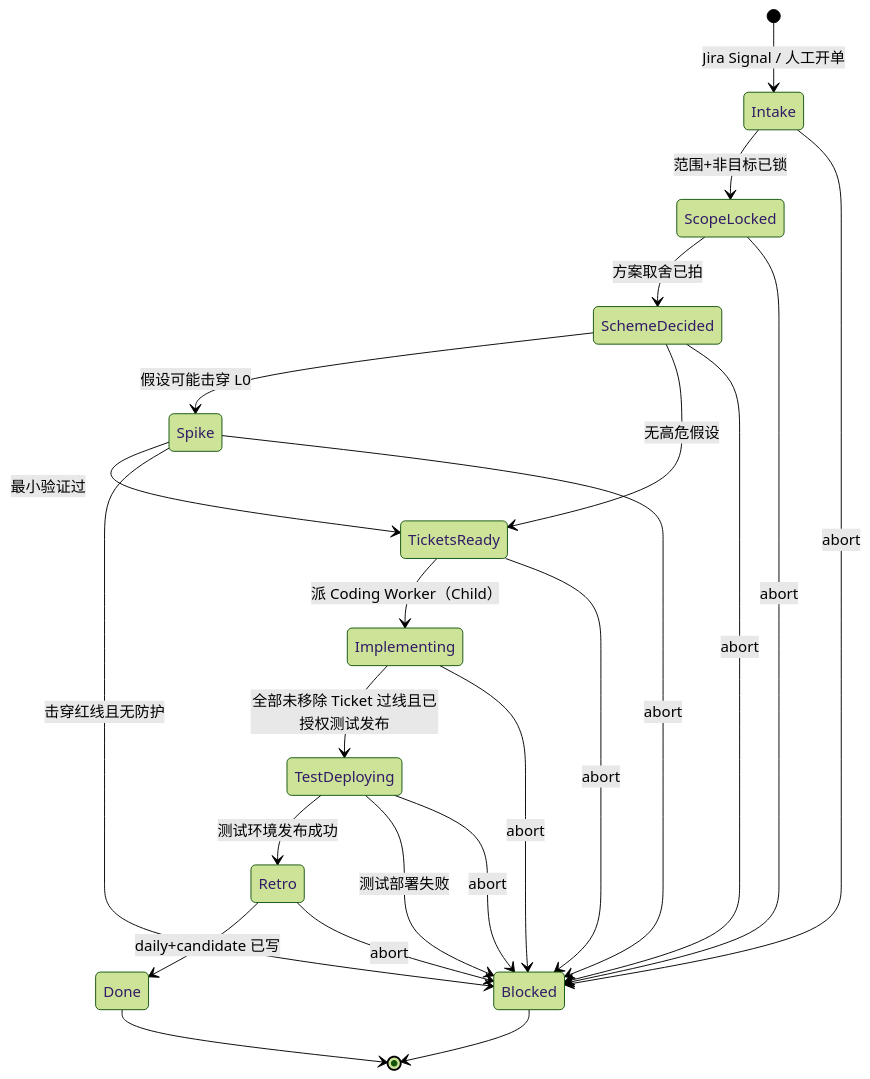
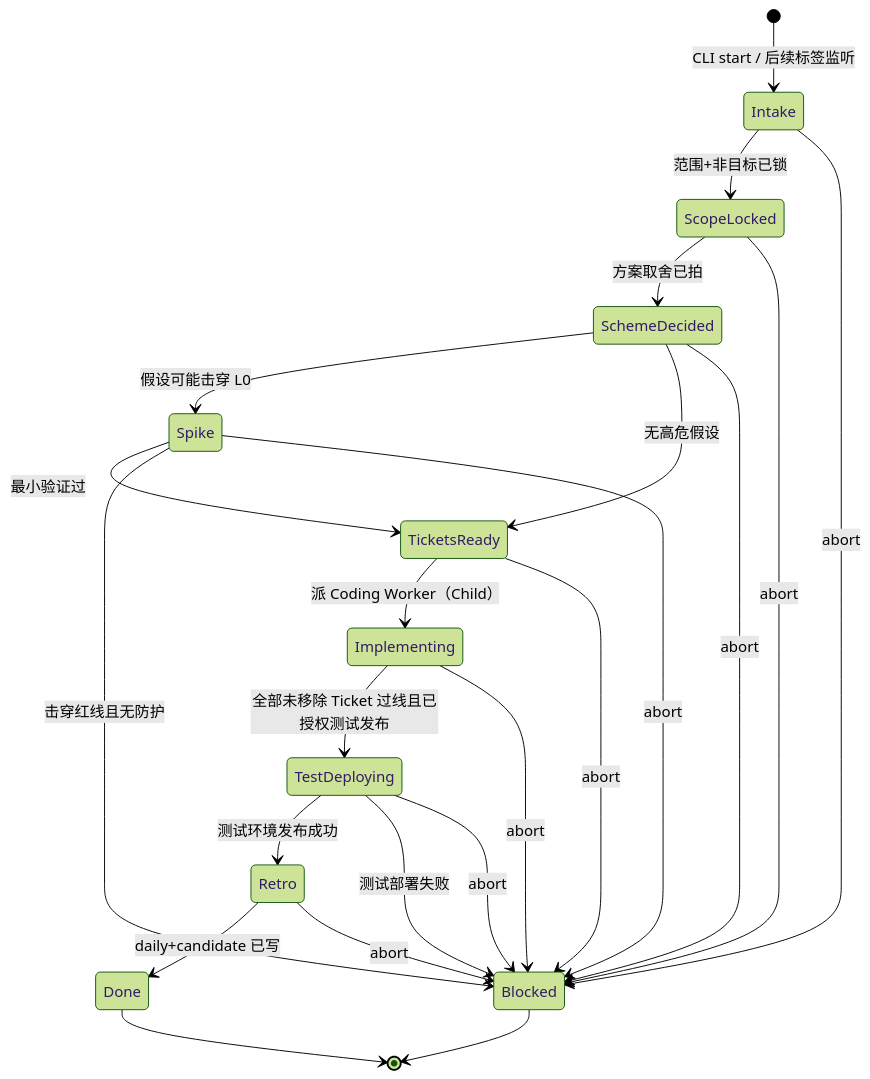
One commit to JoeSmile/dev-pipeline changed the first of 2 diagrams in README.md. Above: the diagram before and after it, drawn with Mermaid (forest theme). The commit also changed other lines of this file and 14 other files, not shown here.

Commit message:
feat(DP-13): start DevPipelineWorkflow from CLI into Intake

````diff
--- a/README.md
+++ b/README.md
@@ -51,25 +65,25 @@
 ```mermaid
 stateDiagram-v2
-    [*] --> Intake: Jira Signal / 人工开单
+    [*] --> Intake: CLI start / 后续标签监听
     Intake --> ScopeLocked: 范围+非目标已锁
     ScopeLocked --> SchemeDecided: 方案取舍已拍
     SchemeDecided --> Spike: 假设可能击穿 L0
     SchemeDecided --> TicketsReady: 无高危假设
     Spike --> TicketsReady: 最小验证过
     Spike --> Blocked: 击穿红线且无防护
     TicketsReady --> Implementing: 派 Coding Worker（Child）
     Implementing --> TestDeploying: 全部未移除 Ticket 过线且已授权测试发布
     TestDeploying --> Retro: 测试环境发布成功
     TestDeploying --> Blocked: 测试部署失败
     Retro --> Done: daily+candidate 已写
     Intake --> Blocked: abort
     ScopeLocked --> Blocked: abort
     SchemeDecided --> Blocked: abort
     Spike --> Blocked: abort
     TicketsReady --> Blocked: abort
     Implementing --> Blocked: abort
     TestDeploying --> Blocked: abort
     Retro --> Blocked: abort
     Blocked --> [*]
     Done --> [*]
 ```
````
